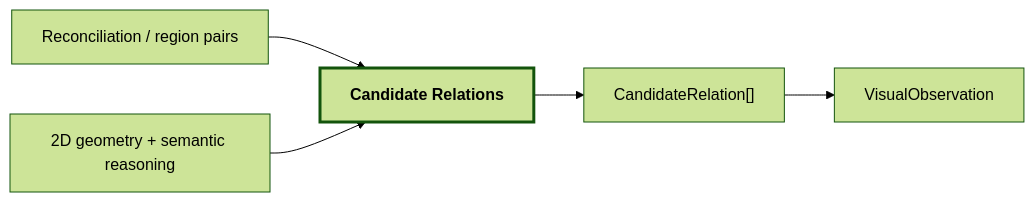
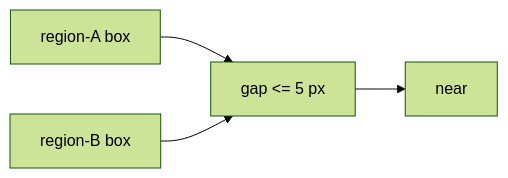
One commit to Alexandre-Tortoza/contextual-3d-mapping changed the seventh of 19 diagrams in docs/13-relations.md. Above: the diagram before and after it, drawn with Mermaid (forest theme). The commit also changed other lines of this file, not shown here.

Commit message:
docs: document complete current relation vocabulary

````diff
--- a/docs/13-relations.md
+++ b/docs/13-relations.md
@@ -5,8 +137,6 @@
 ```mermaid
 flowchart LR
-    A["Reconciliation / region pairs"] --> B["Candidate Relations"]:::current
-    C["2D geometry + semantic reasoning"] --> B
-    B --> D["CandidateRelation[]"]
-    D --> E["VisualObservation"]
-    classDef current stroke-width:3px,font-weight:bold;
+    A["region-A box"] --> GAP["gap <= 5 px"]
+    B["region-B box"] --> GAP
+    GAP --> R["near"]
 ```
````
